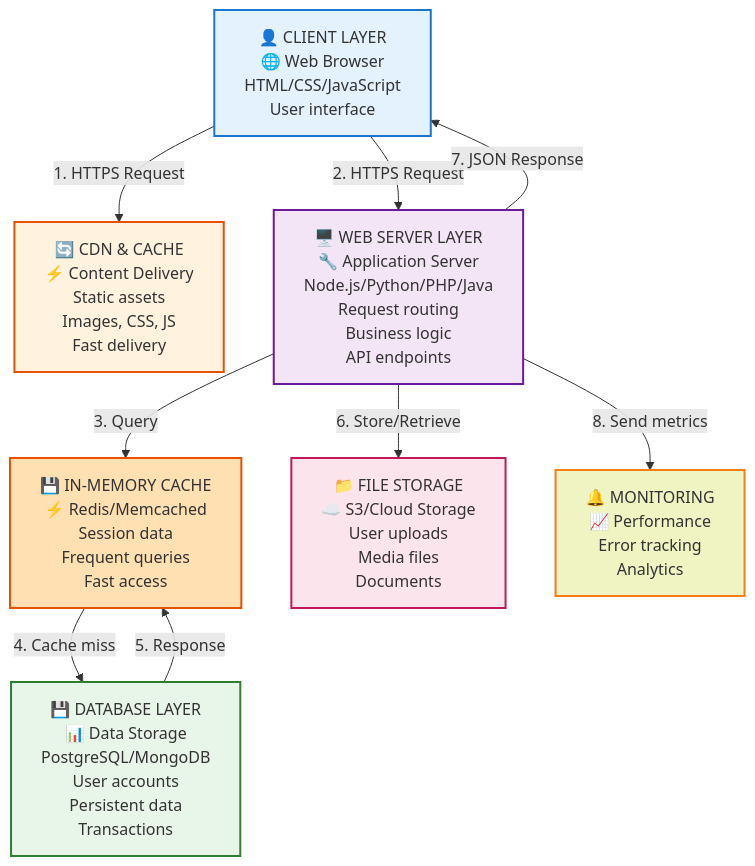
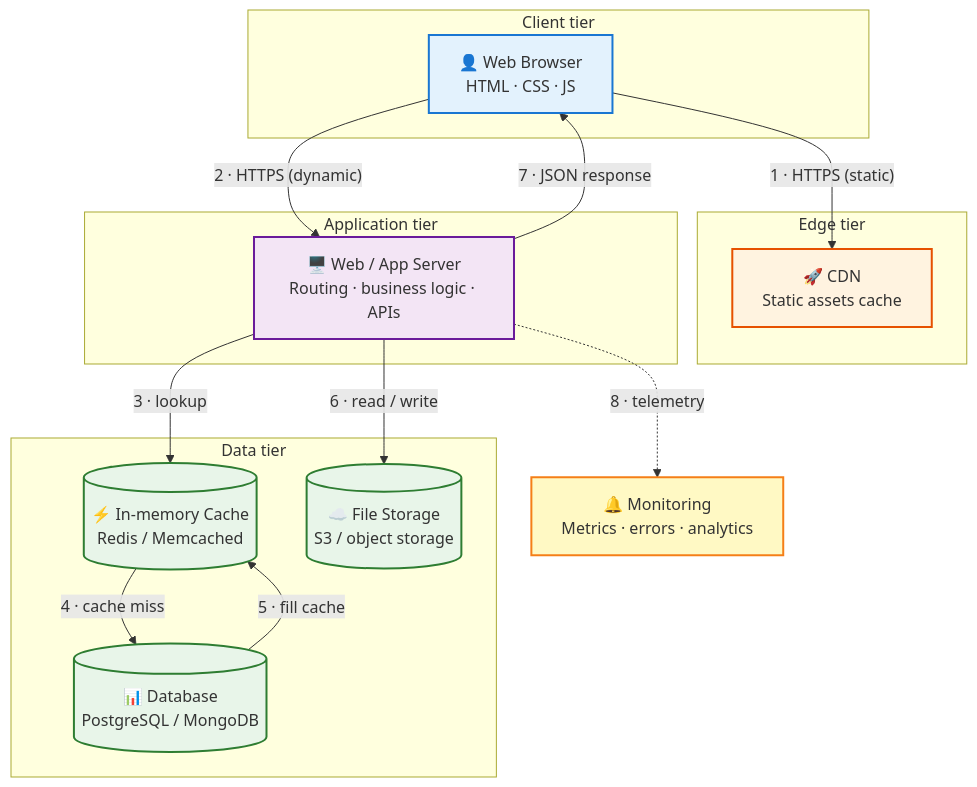
The diagram in diagrams/source-code/network-diagrams/web-architecture-layers.mmd (4BZDOG/HSC_SoftwareEngineering), drawn with Mermaid before and after one commit. The commit also changed 14 other files, not shown here.

First line of the commit message:
refactor(diagrams): unify course diagrams with shared design system

```diff
--- a/diagrams/source-code/network-diagrams/web-architecture-layers.mmd
+++ b/diagrams/source-code/network-diagrams/web-architecture-layers.mmd
@@ -1,31 +1,43 @@
-graph TB
-    Client["👤 CLIENT LAYER<br/>🌐 Web Browser<br/>HTML/CSS/JavaScript<br/>User interface"]
+%% Multi-tier Web Architecture — request flow through CDN, app, cache, data tiers
+%% Syllabus: SE-12-04
+flowchart TB
+    subgraph CLIENT["Client tier"]
+        Browser["👤 Web Browser<br/>HTML · CSS · JS"]
+    end
 
-    CDN["🔄 CDN & CACHE<br/>⚡ Content Delivery<br/>Static assets<br/>Images, CSS, JS<br/>Fast delivery"]
+    subgraph EDGE["Edge tier"]
+        CDN["🚀 CDN<br/>Static assets cache"]
+    end
 
-    WebServer["🖥️ WEB SERVER LAYER<br/>🔧 Application Server<br/>Node.js/Python/PHP/Java<br/>Request routing<br/>Business logic<br/>API endpoints"]
+    subgraph APP["Application tier"]
+        WebServer["🖥️ Web / App Server<br/>Routing · business logic · APIs"]
+    end
 
-    Redis["💾 IN-MEMORY CACHE<br/>⚡ Redis/Memcached<br/>Session data<br/>Frequent queries<br/>Fast access"]
+    subgraph DATA["Data tier"]
+        Redis[("⚡ In-memory Cache<br/>Redis / Memcached")]
+        Database[("📊 Database<br/>PostgreSQL / MongoDB")]
+        Storage[("☁️ File Storage<br/>S3 / object storage")]
+    end
 
-    Database["💾 DATABASE LAYER<br/>📊 Data Storage<br/>PostgreSQL/MongoDB<br/>User accounts<br/>Persistent data<br/>Transactions"]
+    Monitoring["🔔 Monitoring<br/>Metrics · errors · analytics"]
 
-    Storage["📁 FILE STORAGE<br/>☁️ S3/Cloud Storage<br/>User uploads<br/>Media files<br/>Documents"]
+    Browser -- "1 · HTTPS (static)" --> CDN
+    Browser -- "2 · HTTPS (dynamic)" --> WebServer
+    WebServer -- "3 · lookup" --> Redis
+    Redis -- "4 · cache miss" --> Database
+    Database -- "5 · fill cache" --> Redis
+    WebServer -- "6 · read / write" --> Storage
+    WebServer -- "7 · JSON response" --> Browser
+    WebServer -. "8 · telemetry" .-> Monitoring
 
-    Monitoring["🔔 MONITORING<br/>📈 Performance<br/>Error tracking<br/>Analytics"]
+    classDef client  fill:#e3f2fd,stroke:#1976D2,stroke-width:2px
+    classDef edge    fill:#fff3e0,stroke:#E65100,stroke-width:2px
+    classDef app     fill:#f3e5f5,stroke:#6A1B9A,stroke-width:2px
+    classDef data    fill:#e8f5e9,stroke:#2E7D32,stroke-width:2px
+    classDef observe fill:#fff9c4,stroke:#F57F17,stroke-width:2px
 
-    Client -->|"1. HTTPS Request"| CDN
-    Client -->|"2. HTTPS Request"| WebServer
-    WebServer -->|"3. Query"| Redis
-    Redis -->|"4. Cache miss"| Database
-    Database -->|"5. Response"| Redis
-    WebServer -->|"6. Store/Retrieve"| Storage
-    WebServer -->|"7. JSON Response"| Client
-    WebServer -->|"8. Send metrics"| Monitoring
-
-    style Client fill:#E3F2FD,stroke:#1976D2,stroke-width:2px
-    style CDN fill:#FFF3E0,stroke:#E65100,stroke-width:2px
-    style WebServer fill:#F3E5F5,stroke:#6A1B9A,stroke-width:2px
-    style Redis fill:#FFE0B2,stroke:#E65100,stroke-width:2px
-    style Database fill:#E8F5E9,stroke:#2E7D32,stroke-width:2px
-    style Storage fill:#FCE4EC,stroke:#C2185B,stroke-width:2px
-    style Monitoring fill:#F0F4C3,stroke:#F57F17,stroke-width:2px
+    class Browser client
+    class CDN edge
+    class WebServer app
+    class Redis,Database,Storage data
+    class Monitoring observe
```
